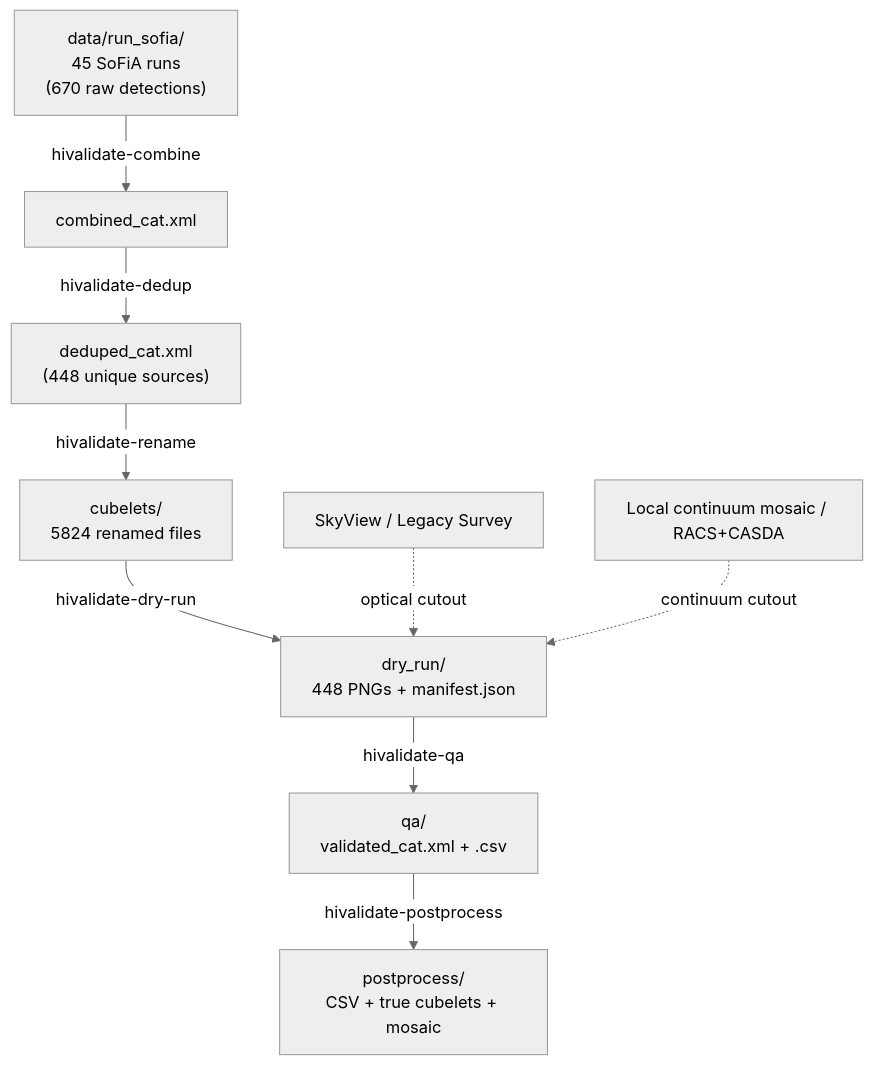
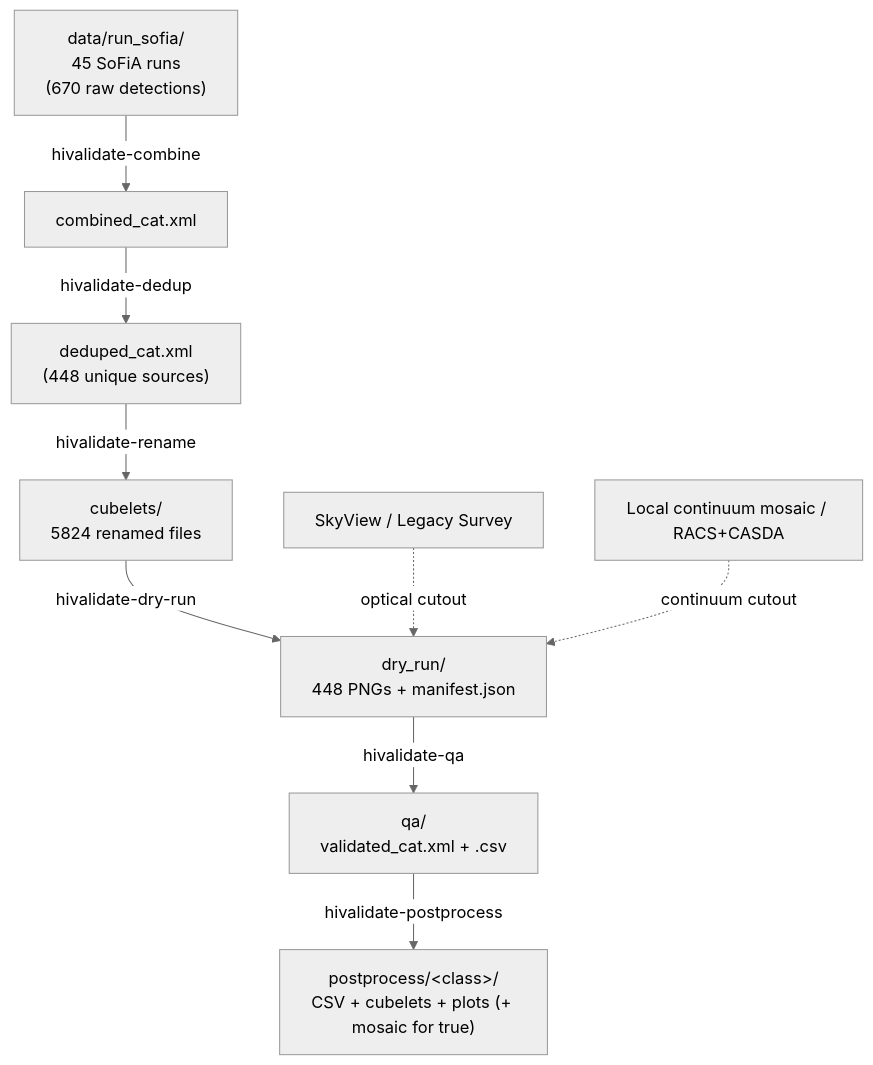
One commit to cosmonomad/hivalidate changed the diagram in docs/pipeline_overview.md. Above: the diagram before and after it, drawn with Mermaid (neutral theme). The commit also changed other lines of this file and 6 other files, not shown here.

````diff
--- a/docs/pipeline_overview.md
+++ b/docs/pipeline_overview.md
@@ -11,12 +11,12 @@
 ```mermaid
 flowchart TD
     A["data/run_sofia/<br/>45 SoFiA runs<br/>(670 raw detections)"] -->|hivalidate-combine| B[combined_cat.xml]
     B -->|hivalidate-dedup| C["deduped_cat.xml<br/>(448 unique sources)"]
     C -->|hivalidate-rename| D["cubelets/<br/>5824 renamed files"]
     D -->|hivalidate-dry-run| E["dry_run/<br/>448 PNGs + manifest.json"]
     E -->|hivalidate-qa| F["qa/<br/>validated_cat.xml + .csv"]
-    F -->|hivalidate-postprocess| G["postprocess/<br/>CSV + true cubelets + mosaic"]
+    F -->|hivalidate-postprocess| G["postprocess/&lt;class&gt;/<br/>CSV + cubelets + plots (+ mosaic for true)"]
 
     H[SkyView / Legacy Survey] -.optical cutout.-> E
     I[Local continuum mosaic / RACS+CASDA] -.continuum cutout.-> E
 ```
````
